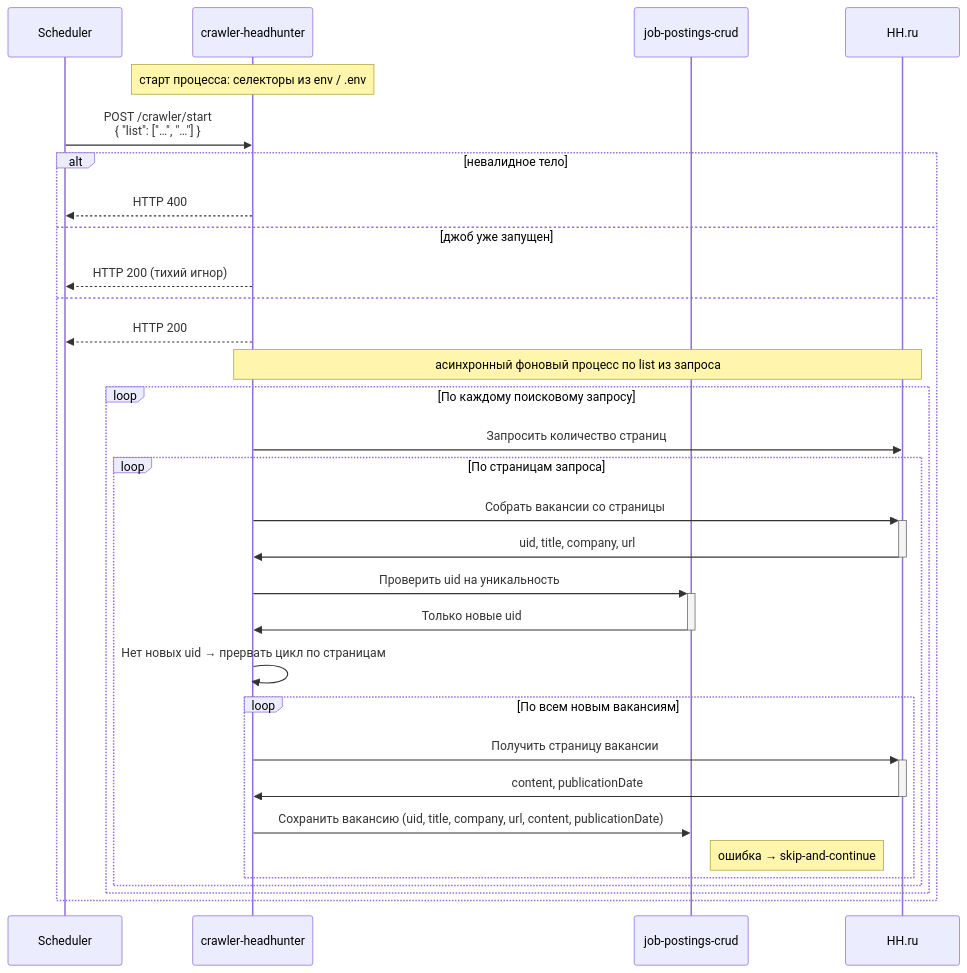
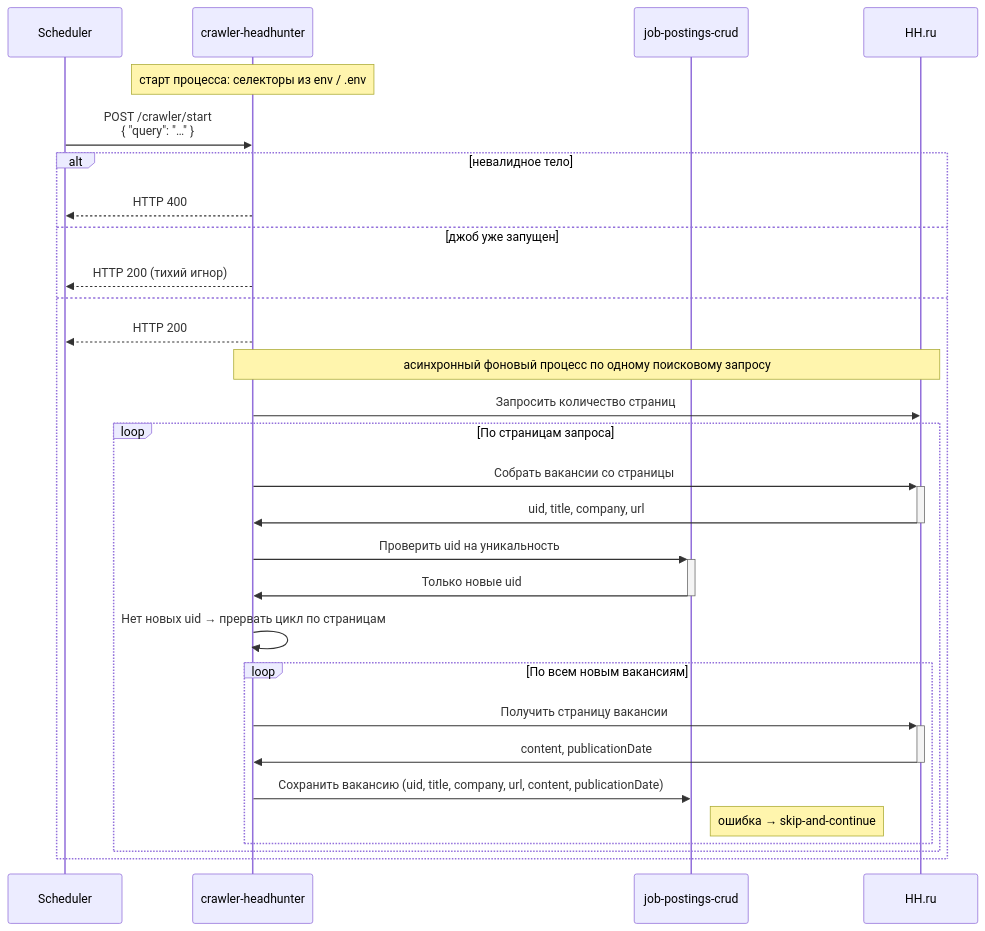
One commit to joposcragent/specifications changed the diagram in services/crawler-headhunter/readme.md. Above: the diagram before and after it, drawn with Mermaid. The commit also changed other lines of this file and 2 other files, not shown here.

Commit message:
заменил массив на один запрос в crawler/start

````diff
--- a/services/crawler-headhunter/readme.md
+++ b/services/crawler-headhunter/readme.md
@@ -66,39 +65,37 @@
 ```mermaid
 sequenceDiagram
     participant Scheduler
     participant Crawler as crawler-headhunter
     participant Postings as job-postings-crud
     participant HH as HH.ru
 
     Note over Crawler: старт процесса: селекторы из env / .env
 
-    Scheduler->>Crawler: POST /crawler/start<br/>{ "list": ["…", "…"] }
+    Scheduler->>Crawler: POST /crawler/start<br/>{ "query": "…" }
 
     alt невалидное тело
         Crawler-->>Scheduler: HTTP 400
     else джоб уже запущен
         Crawler-->>Scheduler: HTTP 200 (тихий игнор)
     else
         Crawler-->>Scheduler: HTTP 200
-        Note over Crawler,HH: асинхронный фоновый процесс по list из запроса
+        Note over Crawler,HH: асинхронный фоновый процесс по одному поисковому запросу
 
-        loop По каждому поисковому запросу
-            Crawler->>HH: Запросить количество страниц
+        Crawler->>HH: Запросить количество страниц
 
-            loop По страницам запроса
-                Crawler->>+HH: Собрать вакансии со страницы
-                HH->>-Crawler: uid, title, company, url
-                Crawler->>+Postings: Проверить uid на уникальность
-                Postings->>-Crawler: Только новые uid
-                Crawler->>Crawler: Нет новых uid → прервать цикл по страницам
+        loop По страницам запроса
+            Crawler->>+HH: Собрать вакансии со страницы
+            HH->>-Crawler: uid, title, company, url
+            Crawler->>+Postings: Проверить uid на уникальность
+            Postings->>-Crawler: Только новые uid
+            Crawler->>Crawler: Нет новых uid → прервать цикл по страницам
 
-                loop По всем новым вакансиям
-                    Crawler->>+HH: Получить страницу вакансии
-                    HH->>-Crawler: content, publicationDate
-                    Crawler->>Postings: Сохранить вакансию (uid, title, company, url, content, publicationDate)
-                    Note right of Postings: ошибка → skip-and-continue
-                end
+            loop По всем новым вакансиям
+                Crawler->>+HH: Получить страницу вакансии
+                HH->>-Crawler: content, publicationDate
+                Crawler->>Postings: Сохранить вакансию (uid, title, company, url, content, publicationDate)
+                Note right of Postings: ошибка → skip-and-continue
             end
         end
     end
 ```
````
